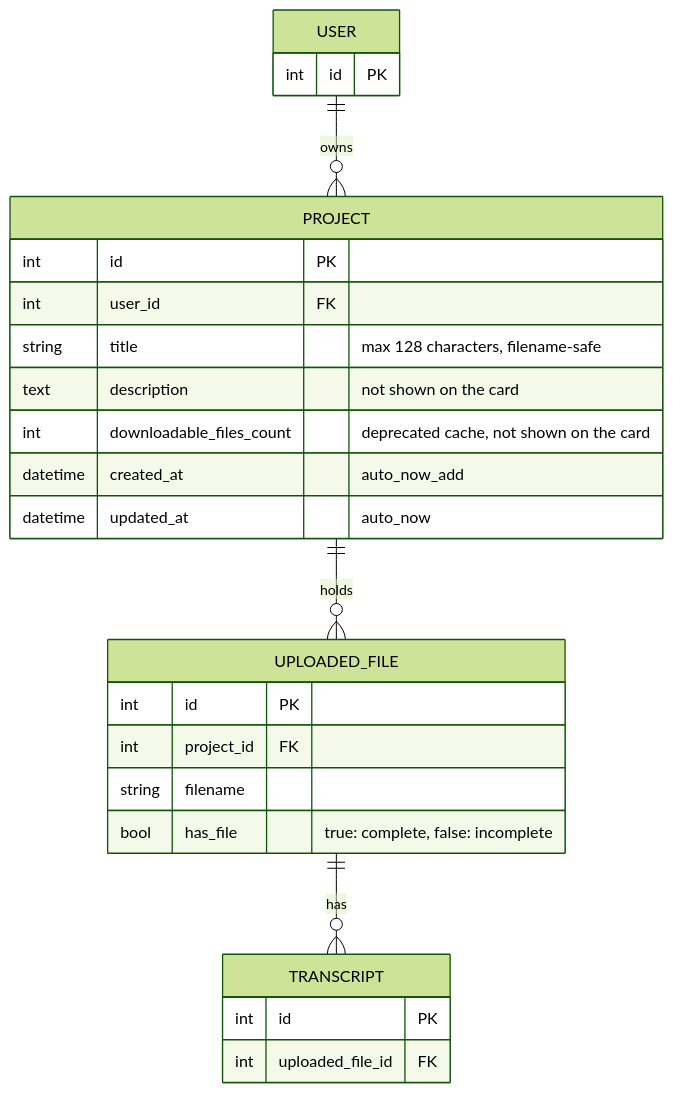
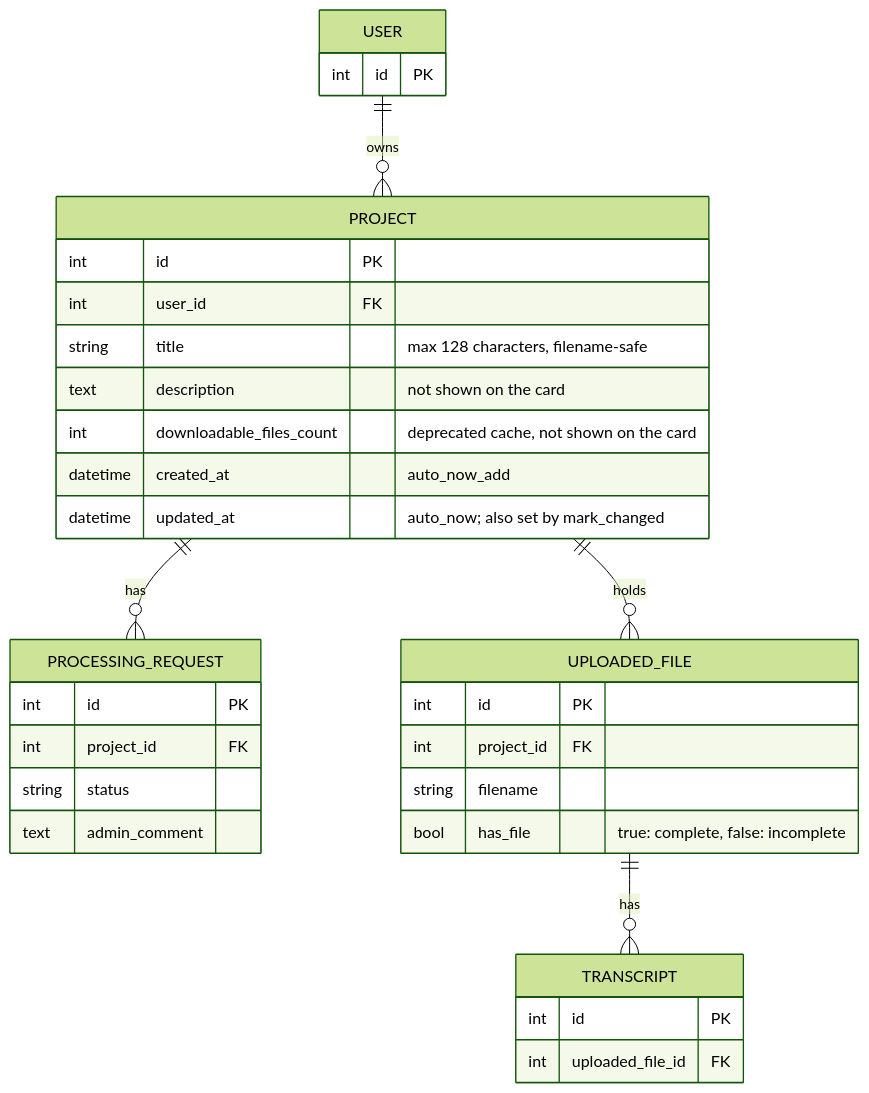
One commit to asr4memory/mmt-py changed the second of 4 diagrams in specs/2026-10-12-project-cards.md. Above: the diagram before and after it, drawn with Mermaid (forest theme). The commit also changed other lines of this file, not shown here.

Commit message:
Extend the project cards spec with content changes and the card redesign

````diff
--- a/specs/2026-10-12-project-cards.md
+++ b/specs/2026-10-12-project-cards.md
@@ -188,29 +267,36 @@
 ```mermaid
 erDiagram
     USER ||--o{ PROJECT : "owns"
+    PROJECT ||--o{ PROCESSING_REQUEST : "has"
     PROJECT ||--o{ UPLOADED_FILE : "holds"
     UPLOADED_FILE ||--o{ TRANSCRIPT : "has"
 
     USER {
         int id PK
     }
     PROJECT {
         int id PK
         int user_id FK
         string title "max 128 characters, filename-safe"
         text description "not shown on the card"
         int downloadable_files_count "deprecated cache, not shown on the card"
         datetime created_at "auto_now_add"
-        datetime updated_at "auto_now"
+        datetime updated_at "auto_now; also set by mark_changed"
+    }
+    PROCESSING_REQUEST {
+        int id PK
+        int project_id FK
+        string status
+        text admin_comment
     }
     UPLOADED_FILE {
         int id PK
         int project_id FK
         string filename
         bool has_file "true: complete, false: incomplete"
     }
     TRANSCRIPT {
         int id PK
         int uploaded_file_id FK
     }
 ```
````
